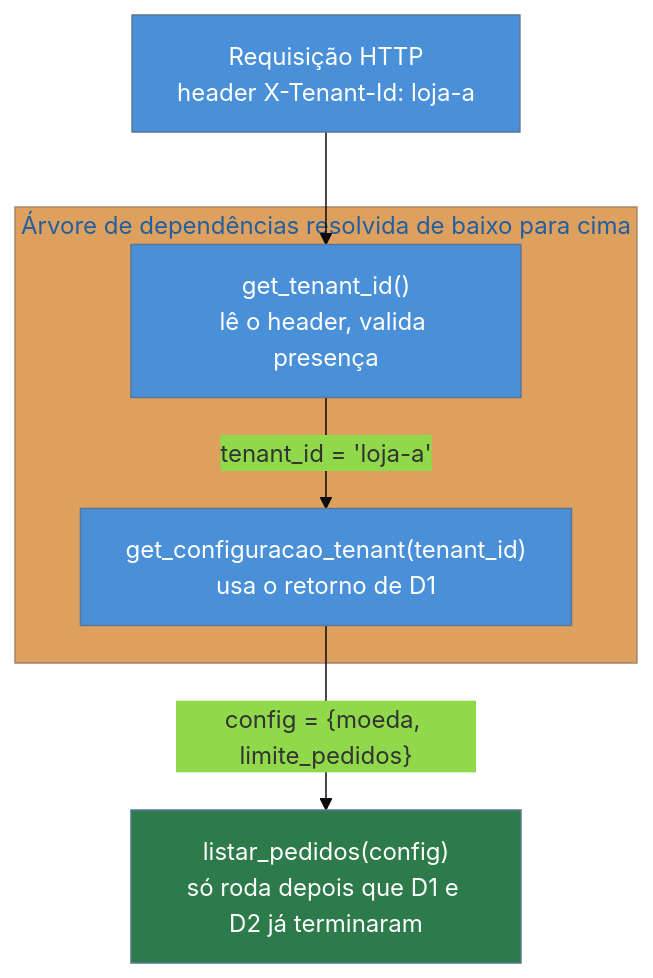
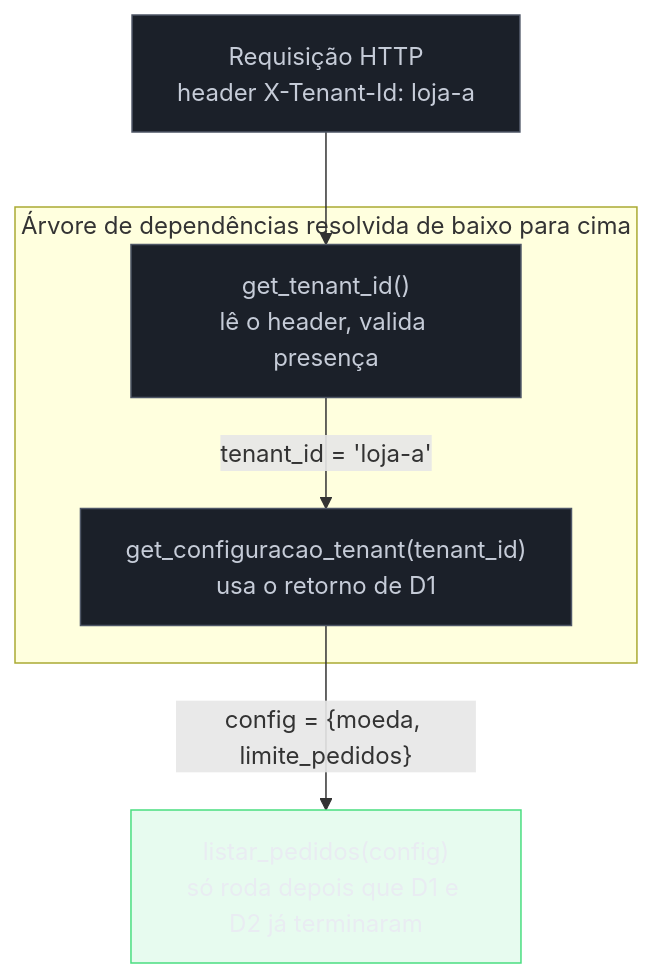
One commit to josenaldo/codex-technomanticus changed the first of 2 diagrams in 03-Dominios/Tecnologia/Python/Web e APIs REST/04 - Injeção de dependência no FastAPI — Depends.md. Above: the diagram before and after it, drawn with Mermaid. The commit also changed 1181 other files, not shown here.

First line of the commit message:
fix(diagramas): paleta do sistema no lugar de cor cravada no markdown

````diff
--- a/03-Dominios/Tecnologia/Python/Web e APIs REST/04 - Injeção de dependência no FastAPI — Depends.md
+++ b/03-Dominios/Tecnologia/Python/Web e APIs REST/04 - Injeção de dependência no FastAPI — Depends.md
@@ -190,21 +190,22 @@
 ```mermaid
-%%{init: {"theme": "base", "themeVariables": {"primaryColor": "#4A90D9"}}}%%
 flowchart TB
+    classDef neutro fill:#1B2029,stroke:#4E5666,color:#C6CCD8
+    classDef ok fill:#4ADE8021,stroke:#4ADE80,color:#E9ECF2
     REQ["Requisição HTTP\nheader X-Tenant-Id: loja-a"]
 
     subgraph Arvore["Árvore de dependências resolvida de baixo para cima"]
         D1["get_tenant_id()\nlê o header, valida presença"]
         D2["get_configuracao_tenant(tenant_id)\nusa o retorno de D1"]
     end
 
     HANDLER["listar_pedidos(config)\nsó roda depois que D1 e D2 já terminaram"]
 
     REQ --> D1
     D1 -->|"tenant_id = 'loja-a'"| D2
     D2 -->|"config = {moeda, limite_pedidos}"| HANDLER
 
-    style REQ fill:#4A90D9,color:#fff
-    style D1 fill:#4A90D9,color:#fff
-    style D2 fill:#4A90D9,color:#fff
-    style HANDLER fill:#2d7a4a,color:#fff
+    class REQ neutro
+    class D1 neutro
+    class D2 neutro
+    class HANDLER ok
 ```
````
